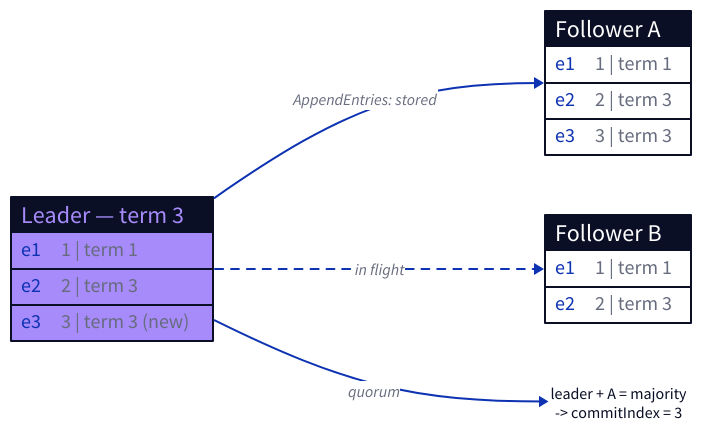
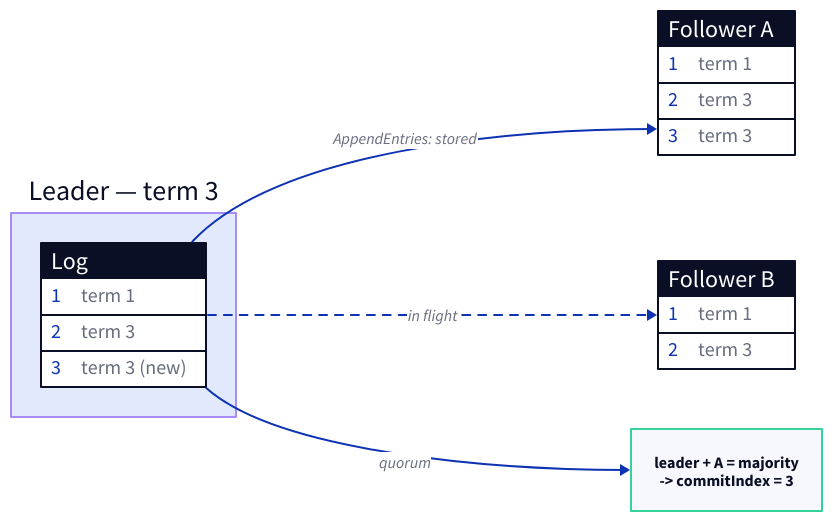
The second of 2 diagrams in courses/raft-in-go-go.md (michael-duren/rubber-duck), drawn with D2 before and after one commit. The commit also changed other lines of this file and 29 other files, not shown here.

````diff
--- a/courses/raft-in-go-go.md
+++ b/courses/raft-in-go-go.md
@@ -576,35 +577,36 @@
 ```d2
 direction: right
 
 leader: "Leader — term 3" {
-  shape: sql_table
-  e1: "1 | term 1"
-  e2: "2 | term 3"
-  e3: "3 | term 3  (new)"
   style.stroke: "#a78bfa"
   style.stroke-width: 2
+  log: Log {
+    shape: sql_table
+    "1": "term 1"
+    "2": "term 3"
+    "3": "term 3 (new)"
+  }
 }
 
 fa: "Follower A" {
   shape: sql_table
-  e1: "1 | term 1"
-  e2: "2 | term 3"
-  e3: "3 | term 3"
+  "1": "term 1"
+  "2": "term 3"
+  "3": "term 3"
 }
 
 fb: "Follower B" {
   shape: sql_table
-  e1: "1 | term 1"
-  e2: "2 | term 3"
+  "1": "term 1"
+  "2": "term 3"
 }
 
-leader -> fa: "AppendEntries: stored"
-leader -> fb: "in flight" {style.stroke-dash: 4}
+leader.log -> fa: "AppendEntries: stored"
+leader.log -> fb: "in flight" {style.stroke-dash: 4}
 
 commit: "leader + A = majority\n-> commitIndex = 3" {
-  shape: text
   style.stroke: "#34d399"
   style.stroke-width: 2
 }
-leader -> commit: "quorum"
+leader.log -> commit: "quorum"
 ```
````
